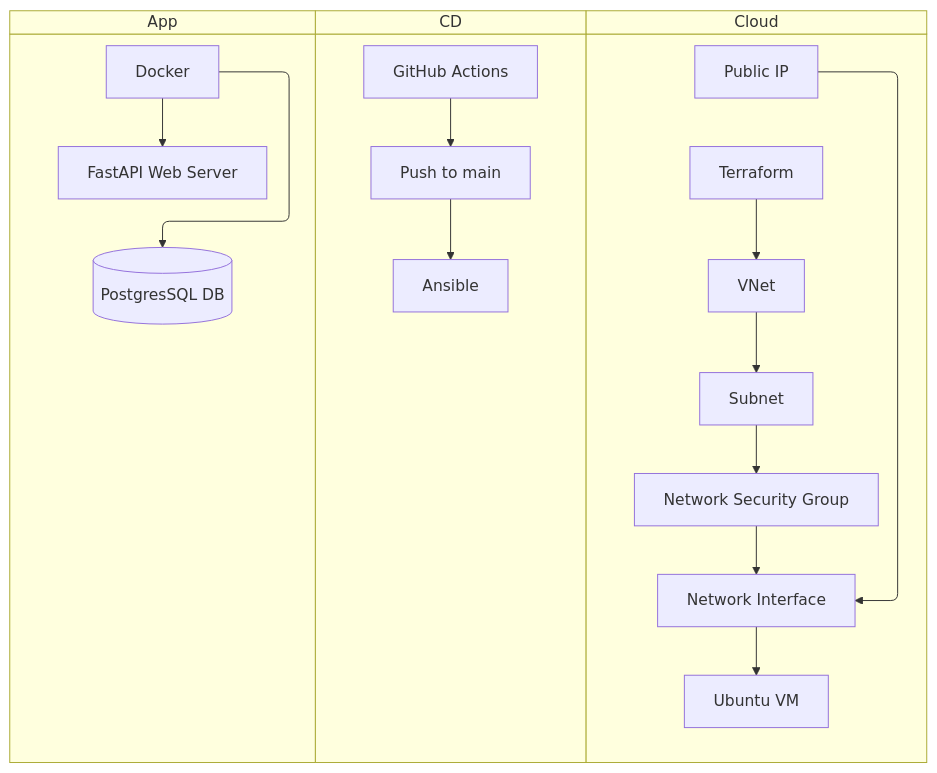
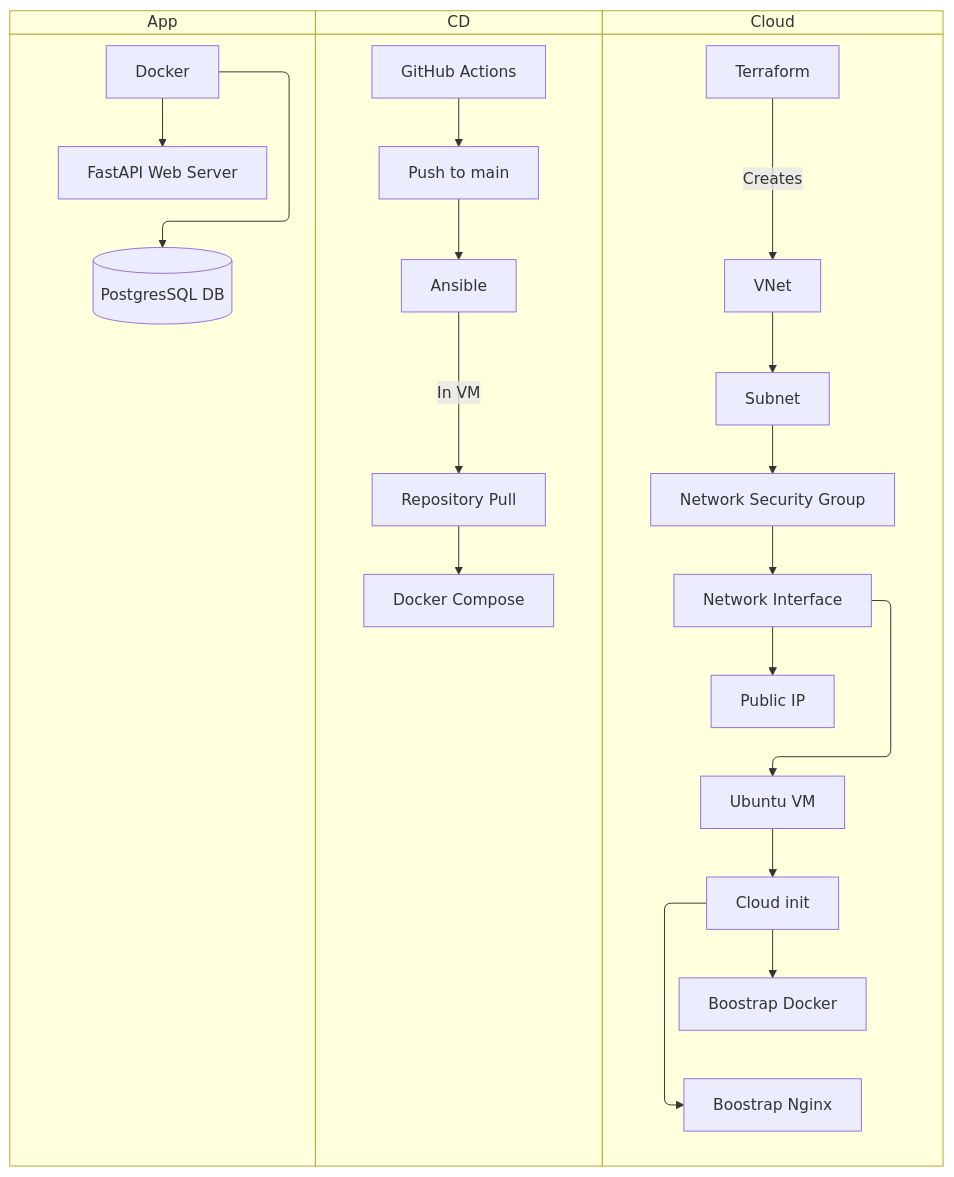
The diagram in README.md (pulszar/cloud-deployment), drawn with Mermaid before and after one commit. The commit also changed other lines of this file, not shown here.

Commit message:
Polish a bit [skip ci]

````diff
--- a/README.md
+++ b/README.md
@@ -9,37 +9,49 @@
 ```mermaid
     swimlane-beta TB
         subgraph App
             Docker[Docker]
             db[(PostgresSQL DB)]
             FastAPI[FastAPI Web Server]
         end
 
         subgraph CD
             GitHub[GitHub Actions]
             cd_event[Push to main]
             Ansible[Ansible]
+            pull[Repository Pull]
+            compose[Docker Compose]
         end
 
         subgraph Cloud
             tf[Terraform]
             public_ip[Public IP]
             vnet[VNet]
             subnet[Subnet]
             nic[Network Interface]
             nsg[Network Security Group]
             vm[Ubuntu VM]
+
+            init[Cloud init]
+            nginx_bs[Boostrap Nginx]
+            docker_bs[Boostrap Docker]
         end
 
         Docker --> FastAPI
         Docker --> db
 
         GitHub --> cd_event
         cd_event --> Ansible
+        Ansible -->|In VM|pull
+        pull --> compose
 
-        tf --> vnet
+        tf -->|Creates| vnet
         vnet --> subnet
         subnet --> nsg
         nsg --> nic
-        public_ip --> nic
+        nic --> public_ip
         nic --> vm
+
+        vm --> init
+        init --> nginx_bs
+        init --> docker_bs
 ```
````
